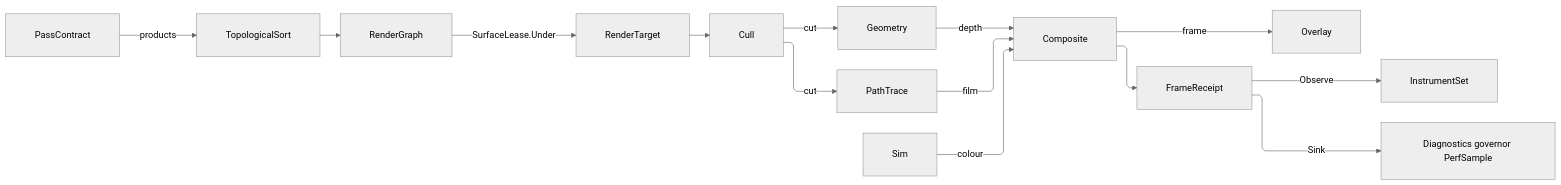
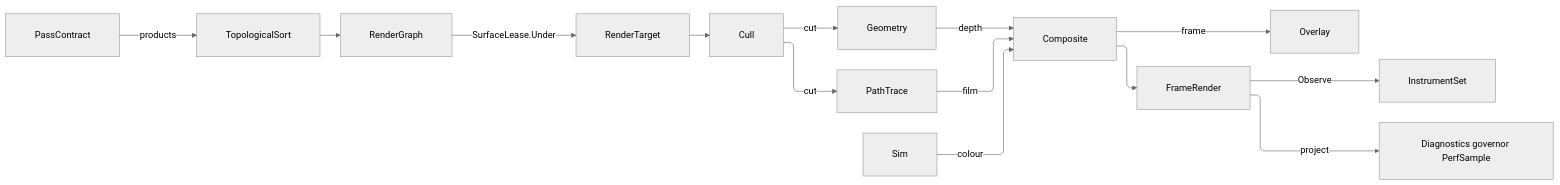
One commit to bsamiee/Rasm changed the diagram in libs/dotnet/Rasm.AppUi/.planning/Render/pipeline.md. Above: the diagram before and after it, drawn with Mermaid (neutral theme). The commit also changed other lines of this file and 1417 other files, not shown here.

````diff
--- a/libs/dotnet/Rasm.AppUi/.planning/Render/pipeline.md
+++ b/libs/dotnet/Rasm.AppUi/.planning/Render/pipeline.md
@@ -690,25 +688,25 @@
 ```mermaid
 ---
 config:
   layout: elk
   flowchart:
     curve: linear
     padding: 25
 ---
 flowchart LR
     accTitle: Render graph frame flow
-    accDescr: A proved pass order drives a bracketed render target through cull, geometry, path tracing, simulation, composite, and receipt sealing.
+    accDescr: A proved pass order drives a bracketed render target through cull, geometry, path tracing, simulation, composite, and frame completion.
     PassContract -->|products| Schedule["TopologicalSort"]
     Schedule --> RenderGraph
     RenderGraph -->|SurfaceLease.Under| RenderTarget
     RenderTarget --> Cull
     Cull -->|cut| Geometry
     Cull -->|cut| PathTrace
     Geometry -->|depth| Composite
     PathTrace -->|film| Composite
     Sim -->|colour| Composite
     Composite -->|frame| Overlay
-    Composite --> FrameReceipt
-    FrameReceipt -->|Observe| InstrumentSet
-    FrameReceipt -->|Sink| Governor["Diagnostics governor PerfSample"]
+    Composite --> FrameRender
+    FrameRender -->|Observe| InstrumentSet
+    FrameRender -->|project| Governor["Diagnostics governor PerfSample"]
 ```
````
